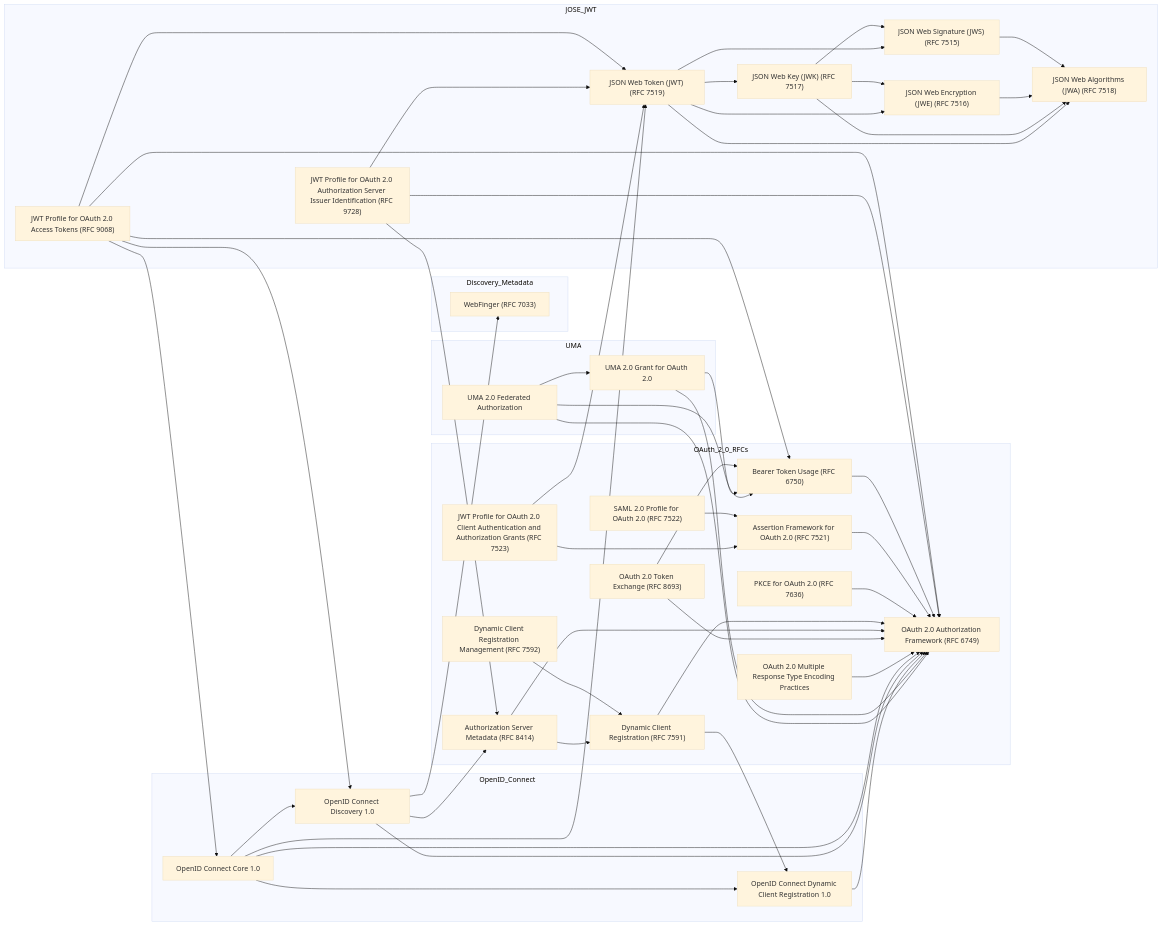
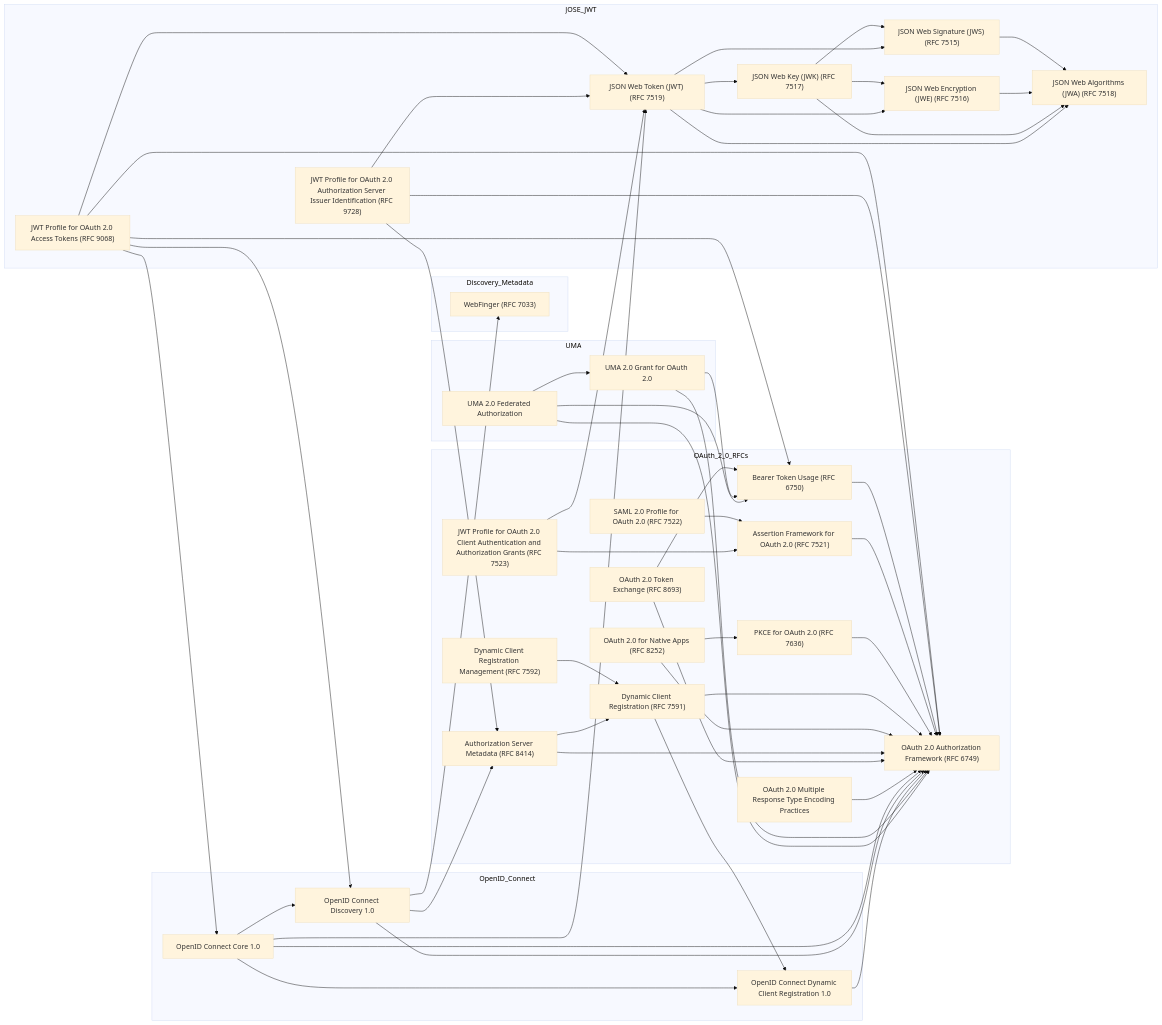
Before and after one commit to ryanspletzer/oidc-oauth-spec-graph: the diagram in graph.md, drawn with Mermaid (base theme). The commit also changed 1 other file, not shown here.

Commit message:
Adds RFC 8252 for OAuth 2.0 native app guidelines
Includes RFC 8252 specification which provides best practices and security considerations for implementing OAuth 2.0 in native applications including mobile and desktop apps.

Establishes proper relationships in the dependency graph showing RFC 8252's connection to the core OAuth 2.0 specification and PKCE extension.

```diff
--- a/graph.md
+++ b/graph.md
@@ -20,6 +20,7 @@
     RFC7636["PKCE for OAuth 2.0 (RFC 7636)"]
     RFC7591["Dynamic Client Registration (RFC 7591)"]
     RFC7592["Dynamic Client Registration Management (RFC 7592)"]
+    RFC8252["OAuth 2.0 for Native Apps (RFC 8252)"]
     RFC8414["Authorization Server Metadata (RFC 8414)"]
     RFC8693["OAuth 2.0 Token Exchange (RFC 8693)"]
     OAuth2_MultiResp["OAuth 2.0 Multiple Response Type Encoding Practices"]
@@ -56,6 +57,8 @@
   RFC7636 --> RFC6749
   RFC7591 --> RFC6749
   RFC7592 --> RFC7591
+  RFC8252 --> RFC6749
+  RFC8252 --> RFC7636
   RFC8414 --> RFC6749
   RFC8414 --> RFC7591
   RFC8693 --> RFC6749
@@ -120,6 +123,7 @@
   click RFC7636 "https://datatracker.ietf.org/doc/html/rfc7636" "PKCE (RFC 7636)"
   click RFC7591 "https://datatracker.ietf.org/doc/html/rfc7591" "Dynamic Client Registration (RFC 7591)"
   click RFC7592 "https://datatracker.ietf.org/doc/html/rfc7592" "Dynamic Client Registration Management (RFC 7592)"
+  click RFC8252 "https://datatracker.ietf.org/doc/html/rfc8252" "OAuth 2.0 for Native Apps (RFC 8252)"
   click RFC8414 "https://datatracker.ietf.org/doc/html/rfc8414" "Authorization Server Metadata (RFC 8414)"
   click RFC8693 "https://datatracker.ietf.org/doc/html/rfc8693" "OAuth 2.0 Token Exchange (RFC 8693)"
   click OAuth2_MultiResp "https://openid.net/specs/oauth-v2-multiple-response-types-1_0.html" "OAuth 2.0 Multiple Response Type Encoding Practices"
```
